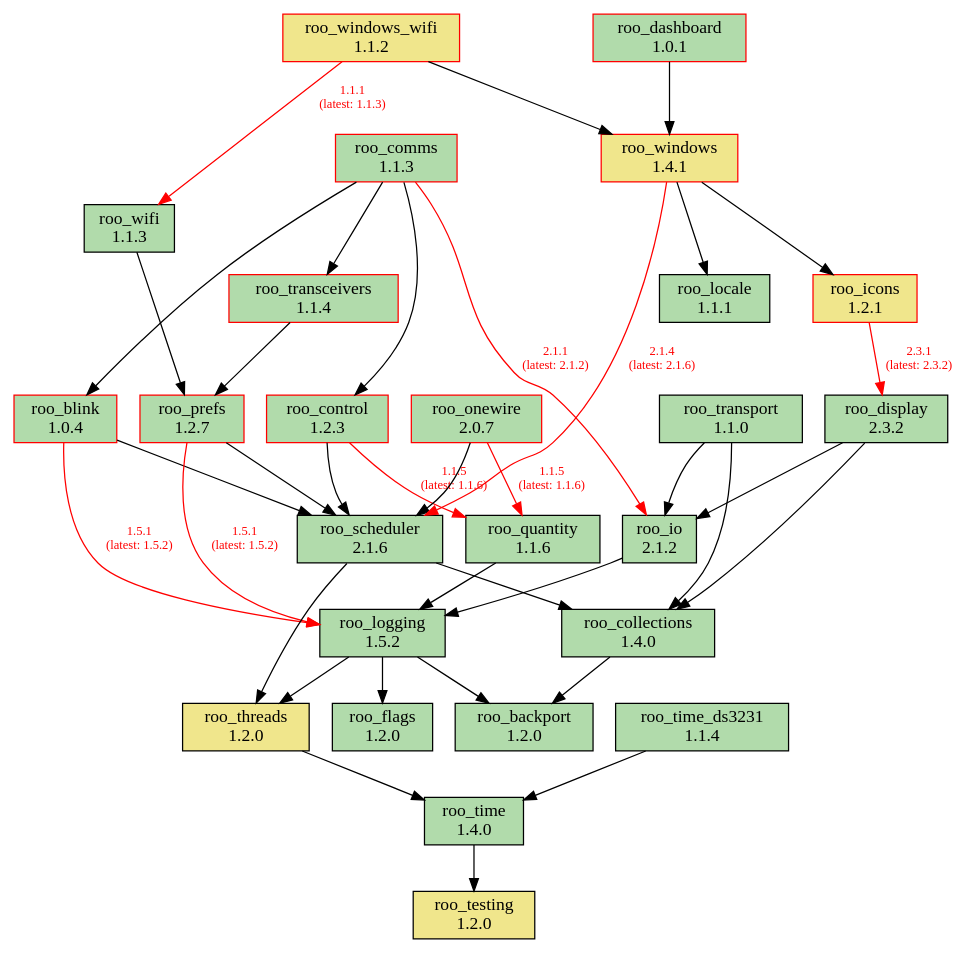
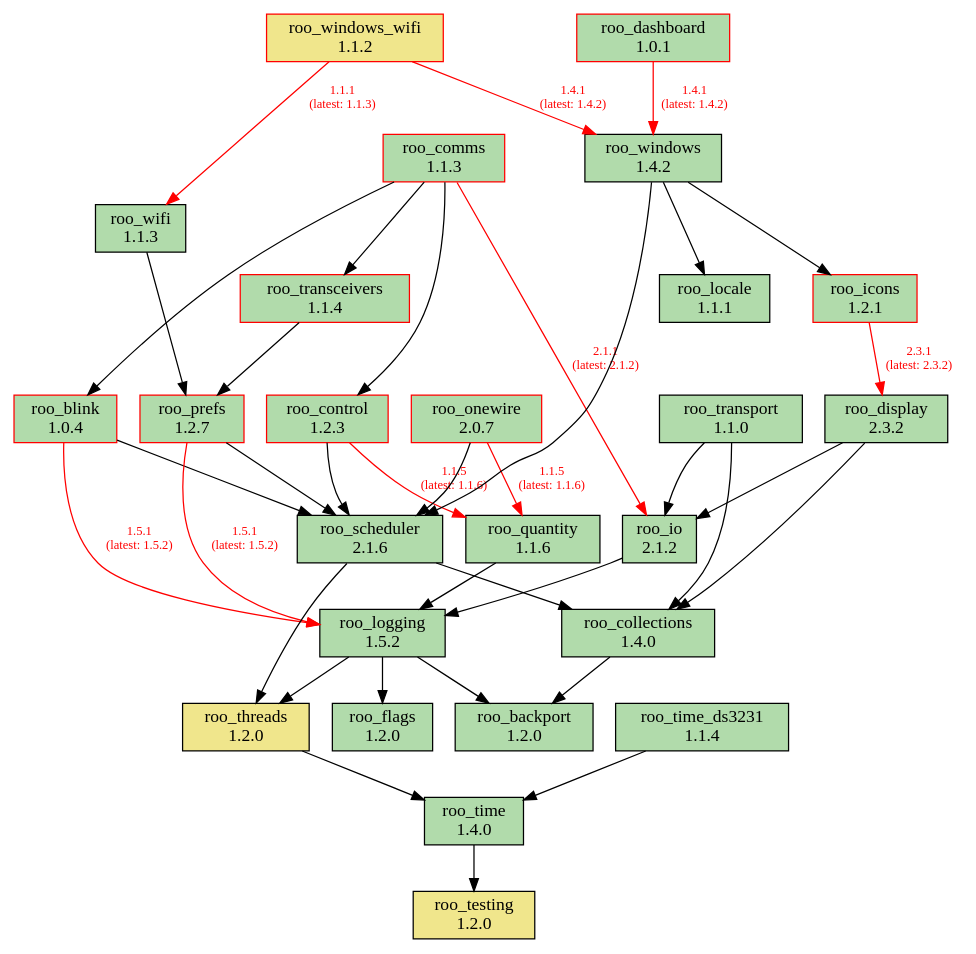
One commit to dejwk/roo-registry changed the diagram in doc/dependencies.dot. Above: the diagram before and after it, drawn with Graphviz. The commit also changed 3 other files, not shown here.

Commit message:
Added roo_windows 1.4.2 to the registry.

```diff
--- a/doc/dependencies.dot
+++ b/doc/dependencies.dot
@@ -1,70 +1,70 @@
 digraph dependencies {
     rankdir=TB;
     node [shape=box, style=filled];
     edge [fontsize=10];
 
     // Modules
     "roo_backport" [label="roo_backport\n1.2.0", fillcolor="#b1dbab", color="black"];
     "roo_blink" [label="roo_blink\n1.0.4", fillcolor="#b1dbab", color="red"];
     "roo_collections" [label="roo_collections\n1.4.0", fillcolor="#b1dbab", color="black"];
     "roo_comms" [label="roo_comms\n1.1.3", fillcolor="#b1dbab", color="red"];
     "roo_control" [label="roo_control\n1.2.3", fillcolor="#b1dbab", color="red"];
     "roo_dashboard" [label="roo_dashboard\n1.0.1", fillcolor="#b1dbab", color="red"];
     "roo_display" [label="roo_display\n2.3.2", fillcolor="#b1dbab", color="black"];
     "roo_flags" [label="roo_flags\n1.2.0", fillcolor="#b1dbab", color="black"];
-    "roo_icons" [label="roo_icons\n1.2.1", fillcolor="khaki", color="red"];
+    "roo_icons" [label="roo_icons\n1.2.1", fillcolor="#b1dbab", color="red"];
     "roo_io" [label="roo_io\n2.1.2", fillcolor="#b1dbab", color="black"];
     "roo_locale" [label="roo_locale\n1.1.1", fillcolor="#b1dbab", color="black"];
     "roo_logging" [label="roo_logging\n1.5.2", fillcolor="#b1dbab", color="black"];
     "roo_onewire" [label="roo_onewire\n2.0.7", fillcolor="#b1dbab", color="red"];
     "roo_prefs" [label="roo_prefs\n1.2.7", fillcolor="#b1dbab", color="red"];
     "roo_quantity" [label="roo_quantity\n1.1.6", fillcolor="#b1dbab", color="black"];
     "roo_scheduler" [label="roo_scheduler\n2.1.6", fillcolor="#b1dbab", color="black"];
     "roo_testing" [label="roo_testing\n1.2.0", fillcolor="khaki", color="black"];
     "roo_threads" [label="roo_threads\n1.2.0", fillcolor="khaki", color="black"];
     "roo_time" [label="roo_time\n1.4.0", fillcolor="#b1dbab", color="black"];
     "roo_time_ds3231" [label="roo_time_ds3231\n1.1.4", fillcolor="#b1dbab", color="black"];
     "roo_transceivers" [label="roo_transceivers\n1.1.4", fillcolor="#b1dbab", color="red"];
     "roo_transport" [label="roo_transport\n1.1.0", fillcolor="#b1dbab", color="black"];
     "roo_wifi" [label="roo_wifi\n1.1.3", fillcolor="#b1dbab", color="black"];
-    "roo_windows" [label="roo_windows\n1.4.1", fillcolor="khaki", color="red"];
+    "roo_windows" [label="roo_windows\n1.4.2", fillcolor="#b1dbab", color="black"];
     "roo_windows_wifi" [label="roo_windows_wifi\n1.1.2", fillcolor="khaki", color="red"];
 
     // Dependencies
     "roo_blink" -> "roo_logging" [color=red, fontcolor=red, label="1.5.1\n(latest: 1.5.2)"];
     "roo_blink" -> "roo_scheduler";
     "roo_collections" -> "roo_backport";
     "roo_comms" -> "roo_blink";
     "roo_comms" -> "roo_control";
     "roo_comms" -> "roo_io" [color=red, fontcolor=red, label="2.1.1\n(latest: 2.1.2)"];
     "roo_comms" -> "roo_transceivers";
     "roo_control" -> "roo_quantity" [color=red, fontcolor=red, label="1.1.5\n(latest: 1.1.6)"];
     "roo_control" -> "roo_scheduler";
-    "roo_dashboard" -> "roo_windows";
+    "roo_dashboard" -> "roo_windows" [color=red, fontcolor=red, label="1.4.1\n(latest: 1.4.2)"];
     "roo_display" -> "roo_collections";
     "roo_display" -> "roo_io";
     "roo_icons" -> "roo_display" [color=red, fontcolor=red, label="2.3.1\n(latest: 2.3.2)"];
     "roo_io" -> "roo_logging";
     "roo_logging" -> "roo_backport";
     "roo_logging" -> "roo_flags";
     "roo_logging" -> "roo_threads";
     "roo_onewire" -> "roo_scheduler";
     "roo_onewire" -> "roo_quantity" [color=red, fontcolor=red, label="1.1.5\n(latest: 1.1.6)"];
     "roo_prefs" -> "roo_logging" [color=red, fontcolor=red, label="1.5.1\n(latest: 1.5.2)"];
     "roo_prefs" -> "roo_scheduler";
     "roo_quantity" -> "roo_logging";
     "roo_scheduler" -> "roo_collections";
     "roo_scheduler" -> "roo_threads";
     "roo_threads" -> "roo_time";
     "roo_time" -> "roo_testing";
     "roo_time_ds3231" -> "roo_time";
     "roo_transceivers" -> "roo_prefs";
     "roo_transport" -> "roo_collections";
     "roo_transport" -> "roo_io";
     "roo_wifi" -> "roo_prefs";
     "roo_windows" -> "roo_locale";
     "roo_windows" -> "roo_icons";
-    "roo_windows" -> "roo_scheduler" [color=red, fontcolor=red, label="2.1.4\n(latest: 2.1.6)"];
+    "roo_windows" -> "roo_scheduler";
     "roo_windows_wifi" -> "roo_wifi" [color=red, fontcolor=red, label="1.1.1\n(latest: 1.1.3)"];
-    "roo_windows_wifi" -> "roo_windows";
+    "roo_windows_wifi" -> "roo_windows" [color=red, fontcolor=red, label="1.4.1\n(latest: 1.4.2)"];
 }
```
